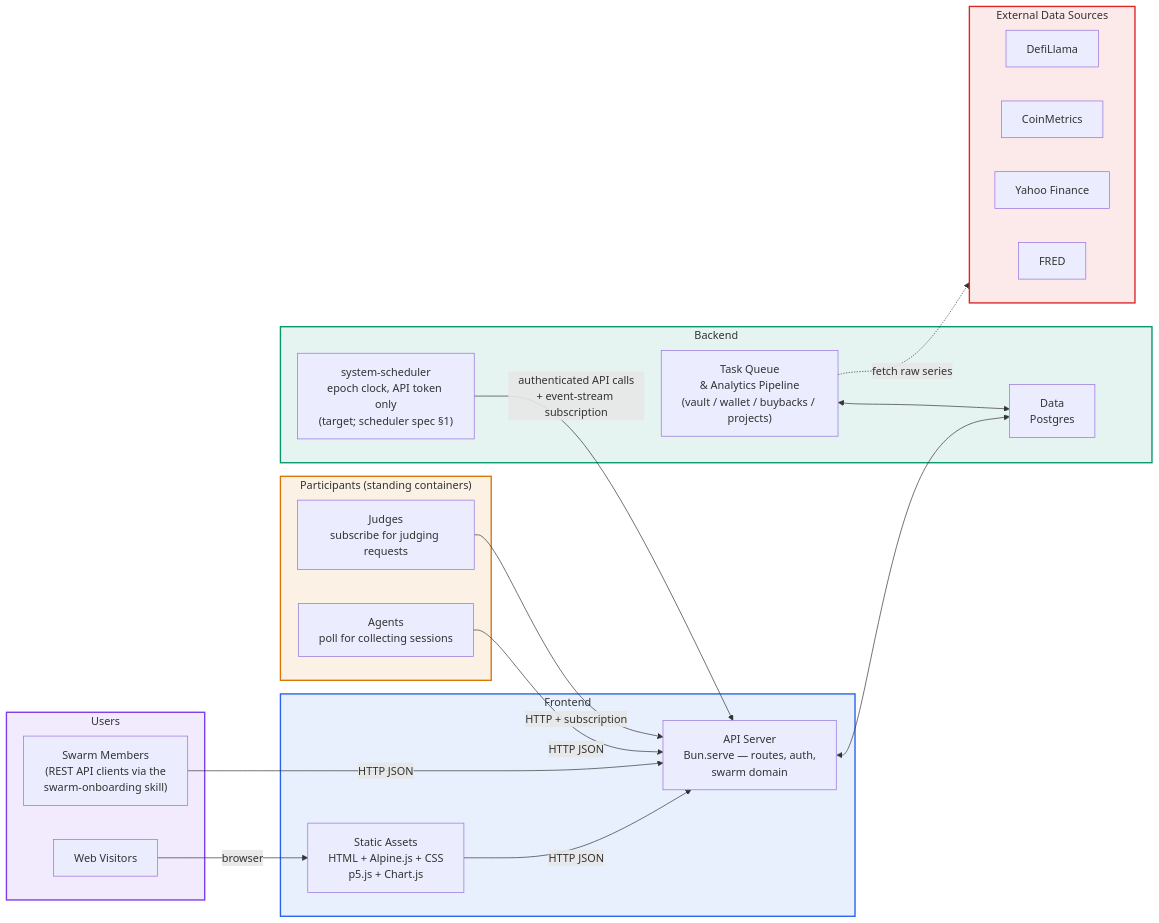
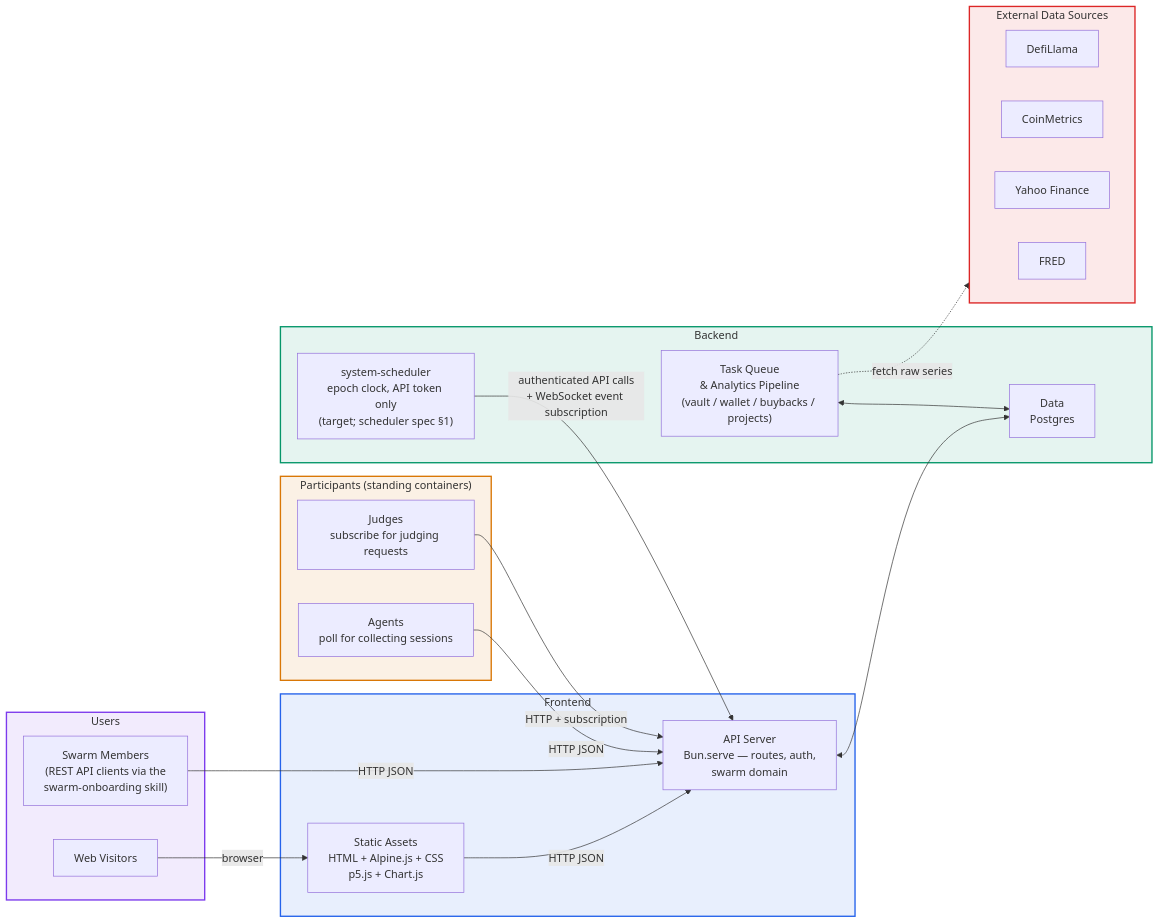
Before and after one commit to robotmoney/robotmoney-frontend: the diagram in docs/architecture/network-topology.md, drawn with Mermaid. The commit also changed other lines of this file and 15 other files, not shown here.

````diff
--- a/docs/architecture/network-topology.md
+++ b/docs/architecture/network-topology.md
@@ -18,47 +18,47 @@
 ```mermaid
 flowchart LR
     subgraph Users["Users"]
         Visitors["Web Visitors"]
         Members["Swarm Members<br/>(REST API clients via the<br/>swarm-onboarding skill)"]
     end
 
     subgraph Frontend["Frontend"]
         Static["Static Assets<br/>HTML + Alpine.js + CSS<br/>p5.js + Chart.js"]
         API["API Server<br/>Bun.serve — routes, auth,<br/>swarm domain"]
     end
 
     subgraph Backend["Backend"]
         Scheduler["system-scheduler<br/>epoch clock, API token only<br/>(target; scheduler spec §1)"]
         Worker["Task Queue<br/>& Analytics Pipeline<br/>(vault / wallet / buybacks / projects)"]
         DB["Data<br/>Postgres"]
     end
 
     subgraph Participants["Participants (standing containers)"]
         Agents["Agents<br/>poll for collecting sessions"]
         Judges["Judges<br/>subscribe for judging requests"]
     end
 
     subgraph External["External Data Sources"]
         direction LR
         Sources1["DefiLlama"]
         Sources2["CoinMetrics"]
         Sources3["Yahoo Finance"]
         Sources4["FRED"]
     end
 
     Visitors -->|browser| Static
     Static -->|HTTP JSON| API
     Members -->|HTTP JSON| API
-    Scheduler -->|"authenticated API calls<br/>+ event-stream subscription"| API
+    Scheduler -->|"authenticated API calls<br/>+ WebSocket event subscription"| API
     Agents -->|HTTP JSON| API
     Judges -->|HTTP + subscription| API
     API <--> DB
     Worker <--> DB
     Worker -.->|fetch raw series| External
 
     style Users fill:#7c3aed1a,stroke:#7c3aed,stroke-width:2px
     style Frontend fill:#2563eb1a,stroke:#2563eb,stroke-width:2px
     style Backend fill:#0596691a,stroke:#059669,stroke-width:2px
     style Participants fill:#d977061a,stroke:#d97706,stroke-width:2px
     style External fill:#dc26261a,stroke:#dc2626,stroke-width:2px
 ```
````
